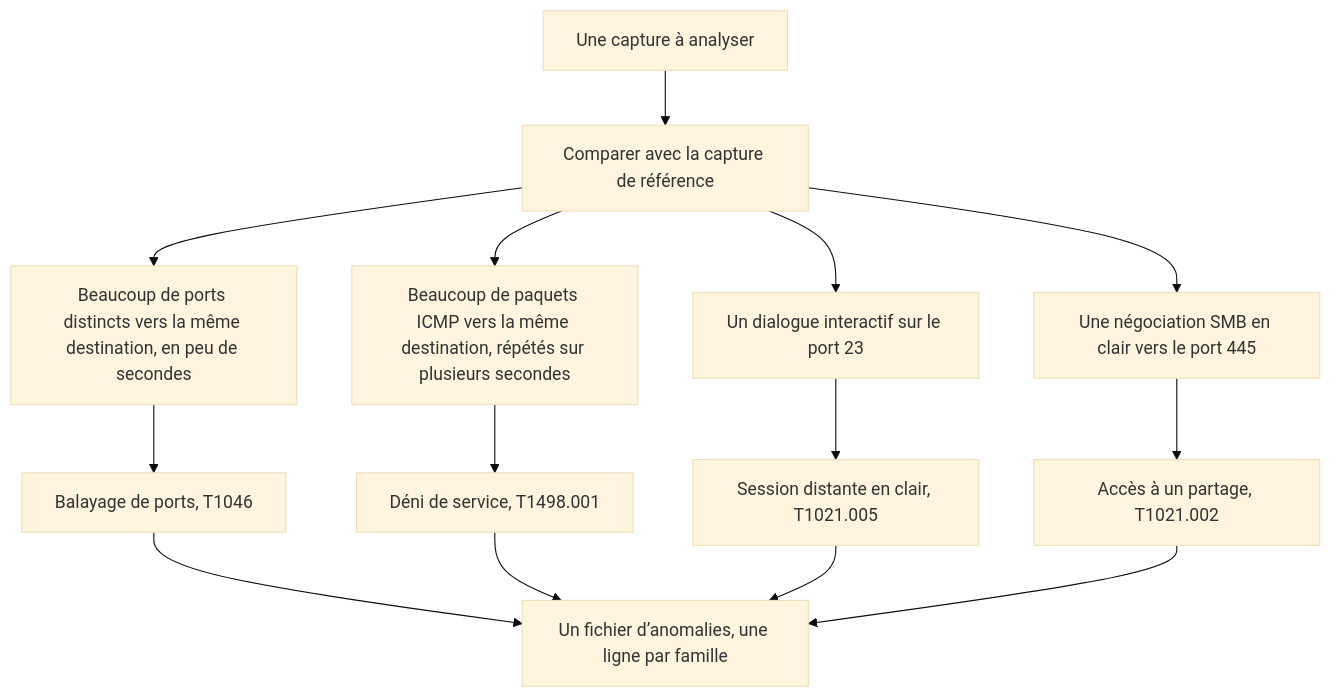
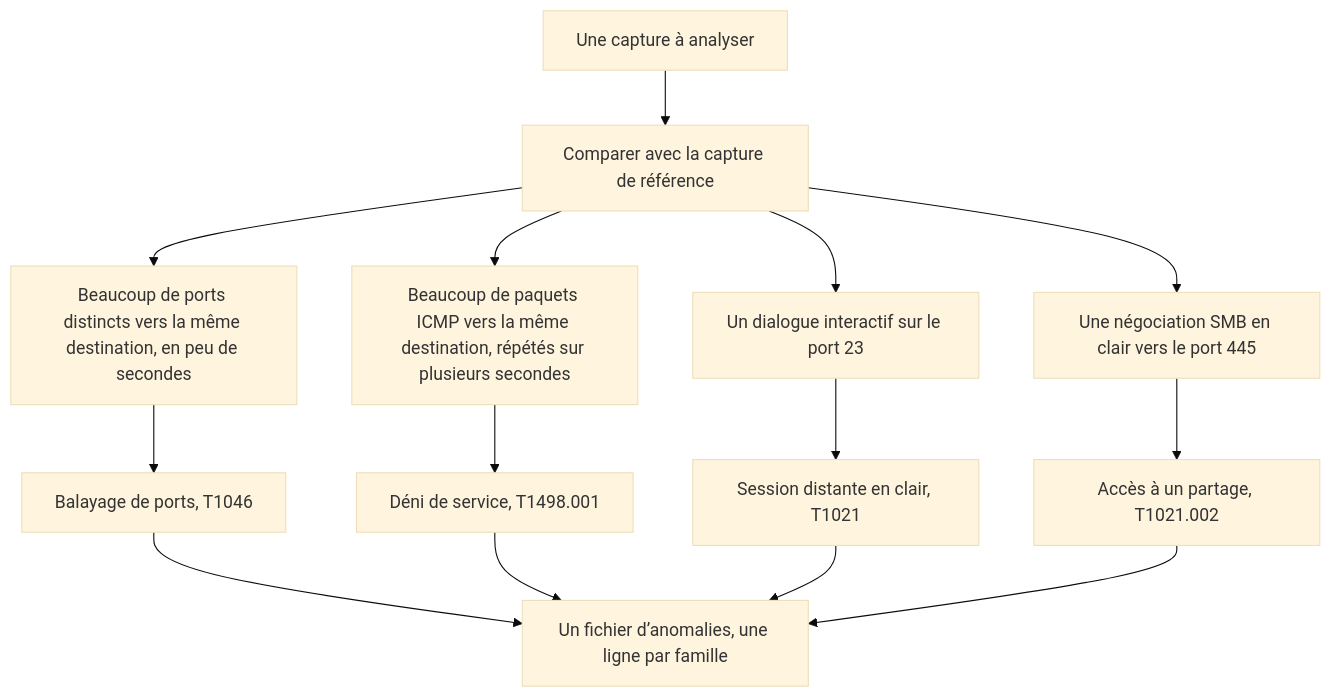
Before and after one commit to yugmerabtene/forensique-reseau-public: the second of 2 diagrams in jour-2.md, drawn with Mermaid (base theme). The commit also changed other lines of this file and 1 other file, not shown here.

````diff
--- a/jour-2.md
+++ b/jour-2.md
@@ -248,16 +248,16 @@
 ```mermaid
 flowchart TD
   ANOM["Une capture à analyser"] --> BASE["Comparer avec la capture de référence"]
   BASE --> SYN["Beaucoup de ports distincts vers la même destination, en peu de secondes"]
   BASE --> VOL["Beaucoup de paquets ICMP vers la même destination, répétés sur plusieurs secondes"]
   BASE --> TEL["Un dialogue interactif sur le port 23"]
   BASE --> SMB["Une négociation SMB en clair vers le port 445"]
   SYN --> F1["Balayage de ports, T1046"]
   VOL --> F2["Déni de service, T1498.001"]
-  TEL --> F3["Session distante en clair, T1021.005"]
+  TEL --> F3["Session distante en clair, T1021"]
   SMB --> F4["Accès à un partage, T1021.002"]
   F1 --> LIV["Un fichier d’anomalies, une ligne par famille"]
   F2 --> LIV
   F3 --> LIV
   F4 --> LIV
 ```
````
